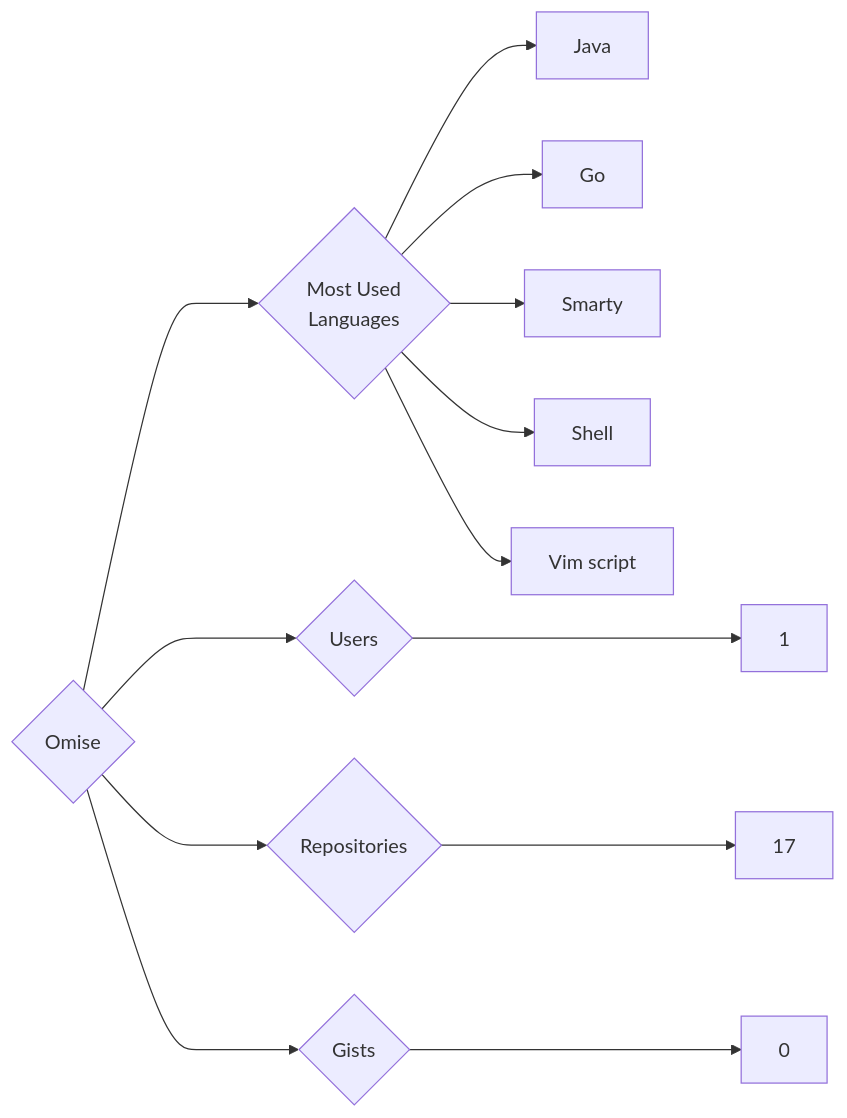
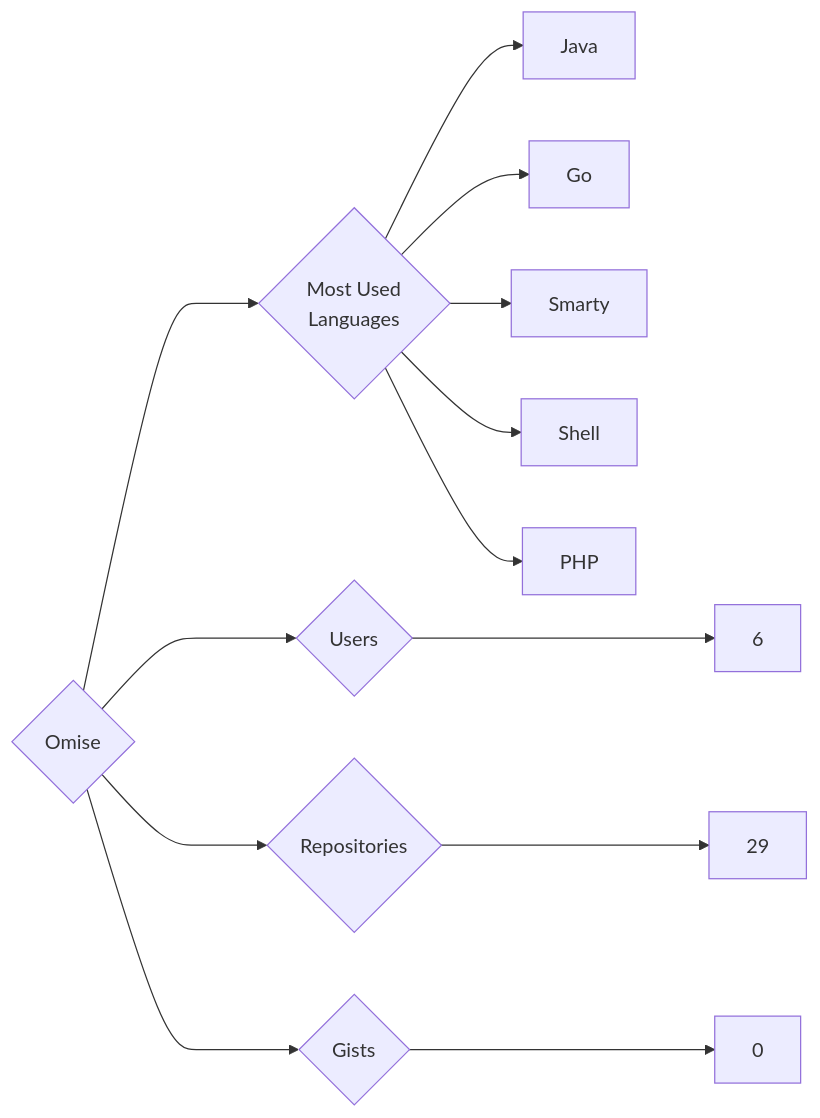
The diagram in targets/Omise/README.md (trickest/insiders), drawn with Mermaid before and after one commit. The commit also changed 886 other files, not shown here.

````diff
--- a/targets/Omise/README.md
+++ b/targets/Omise/README.md
@@ -3,13 +3,13 @@
 ```mermaid
 graph LR
 COMPANY_NAME{Omise}
-COMPANY_NAME ---> U{Users} ---> UN[1]
-COMPANY_NAME ---> R{Repositories} ---> RN[17]
+COMPANY_NAME ---> U{Users} ---> UN[6]
+COMPANY_NAME ---> R{Repositories} ---> RN[29]
 COMPANY_NAME ---> G{Gists} ---> GN[0]
 COMPANY_NAME ---> ML{Most Used<br>Languages}
 ML --> Java[Java]
 ML --> Go[Go]
 ML --> Smarty[Smarty]
 ML --> Shell[Shell]
-ML --> Vim_script[Vim script]
+ML --> PHP[PHP]
 ```
````
